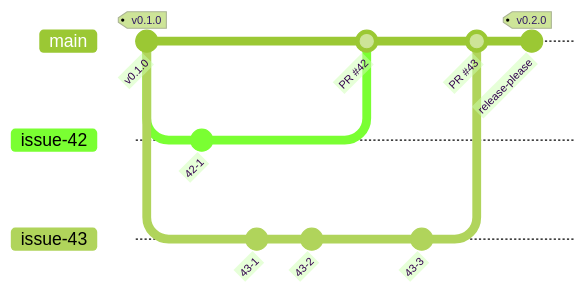
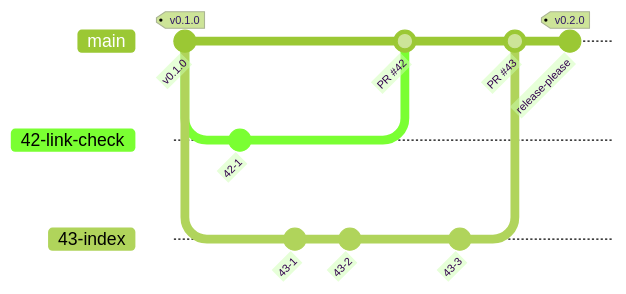
Before and after one commit to Fukuemon/agent-harness: the diagram in CONTRIBUTING.md, drawn with Mermaid (forest theme). The commit also changed other lines of this file and 2 other files, not shown here.

Commit message:
docs: このリポジトリの値のファイルを置き、ブランチと変更の依頼の運用を CONTRIBUTING に書く
設計を終えて実装に移るため。直接コミットは宣言で止め、spec を置かない要求は既定の選択で進めると標準にも書く。

````diff
--- a/CONTRIBUTING.md
+++ b/CONTRIBUTING.md
@@ -50,19 +51,19 @@
 ```mermaid
 gitGraph
     commit id: "v0.1.0" tag: "v0.1.0"
-    branch "issue-42"
-    checkout "issue-42"
+    branch "42-link-check"
+    checkout "42-link-check"
     commit id: "42-1"
     checkout main
-    branch "issue-43"
-    checkout "issue-43"
+    branch "43-index"
+    checkout "43-index"
     commit id: "43-1"
     commit id: "43-2"
     checkout main
-    merge "issue-42" id: "PR #42"
-    checkout "issue-43"
+    merge "42-link-check" id: "PR #42"
+    checkout "43-index"
     commit id: "43-3"
     checkout main
-    merge "issue-43" id: "PR #43"
+    merge "43-index" id: "PR #43"
     commit id: "release-please" tag: "v0.2.0"
 ```
````
